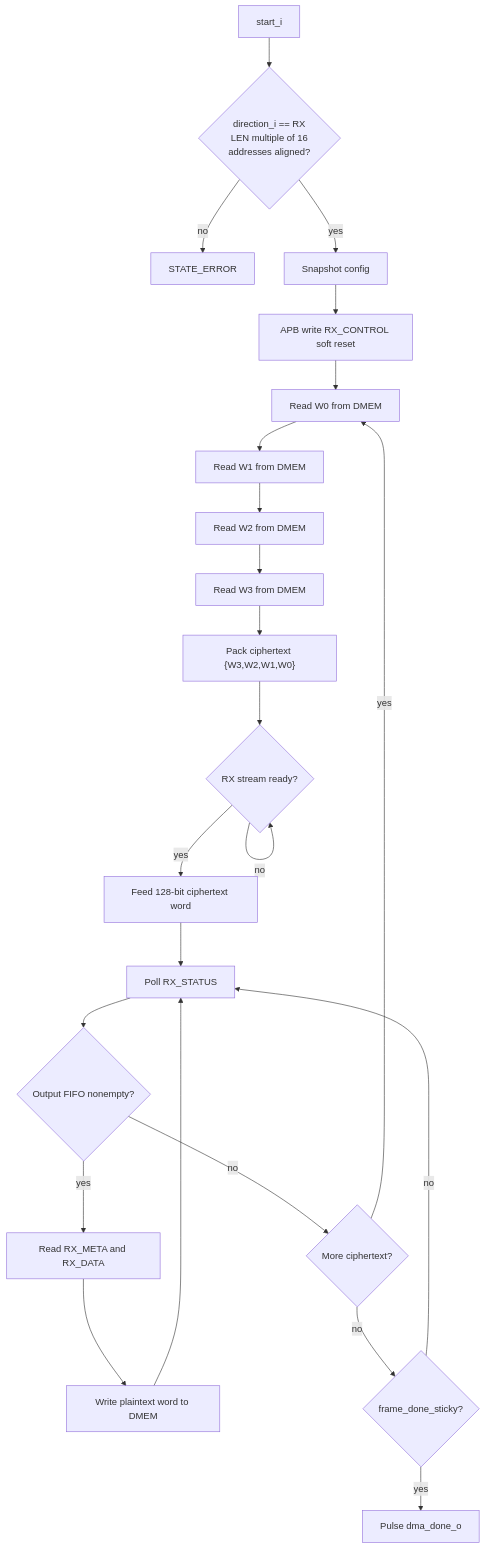
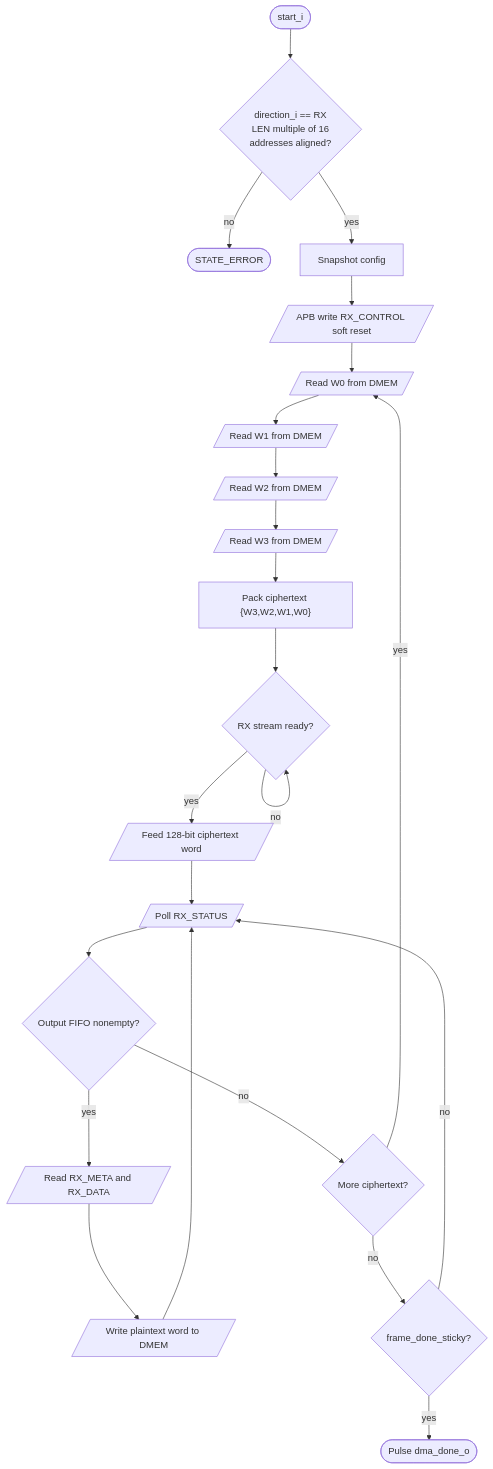
Before and after one commit to ngoquocan139/AES_huffman_all6: the first of 2 diagrams in docs/dma_rx_engine_spec.md, drawn with Mermaid. The commit also changed other lines of this file and 28 other files, not shown here.

````diff
--- a/docs/dma_rx_engine_spec.md
+++ b/docs/dma_rx_engine_spec.md
@@ -34,25 +34,25 @@
 ```mermaid
 flowchart TD
-  A["start_i"] --> B{"direction_i == RX\nLEN multiple of 16\naddresses aligned?"}
-  B -->|"no"| ERR["STATE_ERROR"]
+  A(["start_i"]) --> B{"direction_i == RX\nLEN multiple of 16\naddresses aligned?"}
+  B -->|"no"| ERR(["STATE_ERROR"])
   B -->|"yes"| C["Snapshot config"]
-  C --> D["APB write RX_CONTROL soft reset"]
-  D --> E["Read W0 from DMEM"]
-  E --> F["Read W1 from DMEM"]
-  F --> G["Read W2 from DMEM"]
-  G --> H["Read W3 from DMEM"]
+  C --> D[/"APB write RX_CONTROL soft reset"/]
+  D --> E[/"Read W0 from DMEM"/]
+  E --> F[/"Read W1 from DMEM"/]
+  F --> G[/"Read W2 from DMEM"/]
+  G --> H[/"Read W3 from DMEM"/]
   H --> I["Pack ciphertext {W3,W2,W1,W0}"]
   I --> J{"RX stream ready?"}
   J -->|"no"| J
-  J -->|"yes"| K["Feed 128-bit ciphertext word"]
-  K --> L["Poll RX_STATUS"]
+  J -->|"yes"| K[/"Feed 128-bit ciphertext word"/]
+  K --> L[/"Poll RX_STATUS"/]
   L --> M{"Output FIFO nonempty?"}
-  M -->|"yes"| N["Read RX_META and RX_DATA"]
-  N --> O["Write plaintext word to DMEM"]
+  M -->|"yes"| N[/"Read RX_META and RX_DATA"/]
+  N --> O[/"Write plaintext word to DMEM"/]
   O --> L
   M -->|"no"| P{"More ciphertext?"}
   P -->|"yes"| E
   P -->|"no"| Q{"frame_done_sticky?"}
   Q -->|"no"| L
-  Q -->|"yes"| R["Pulse dma_done_o"]
+  Q -->|"yes"| R(["Pulse dma_done_o"])
 ```
````
